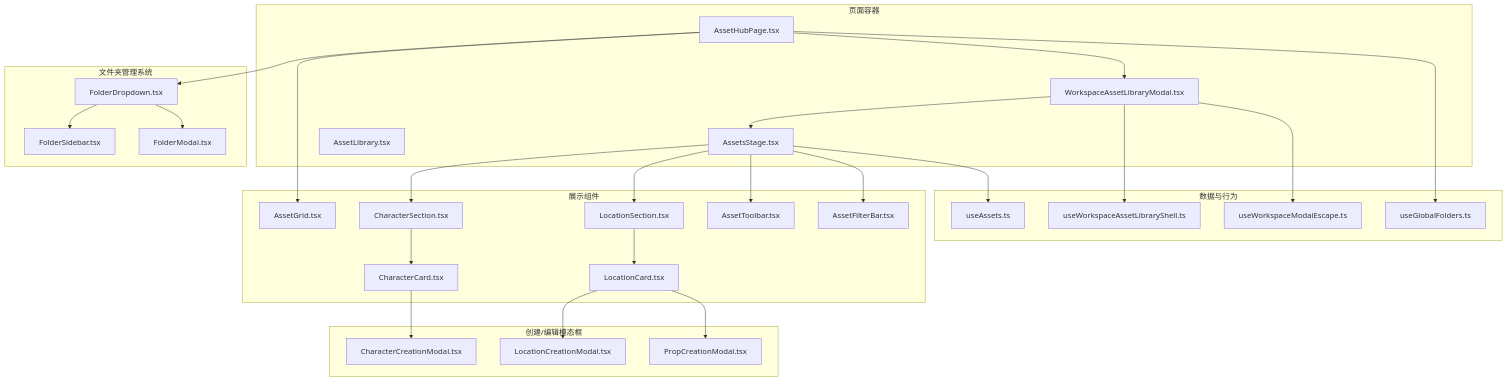
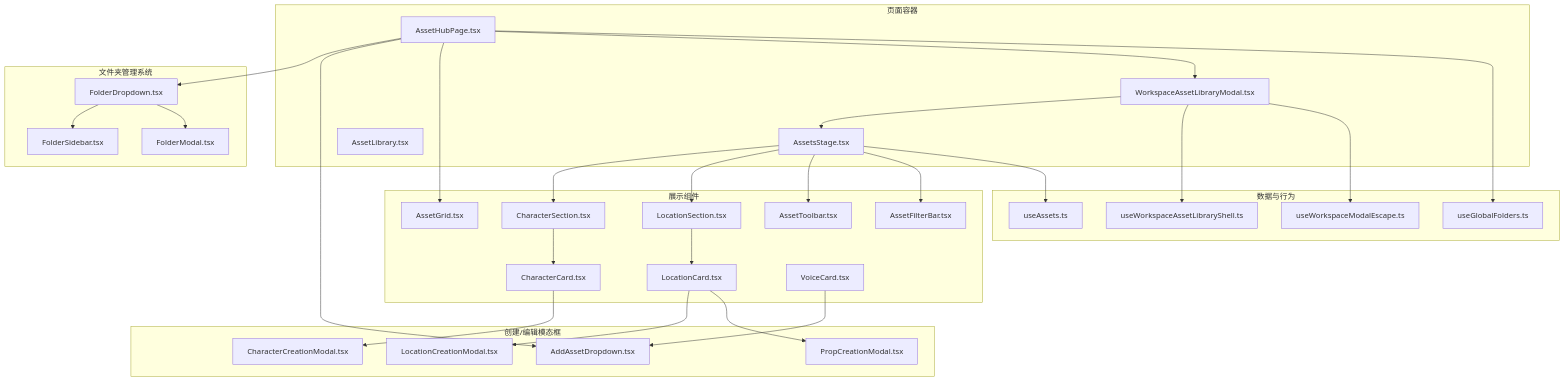
The first of 5 diagrams in .qoder/repowiki/zh/content/前端组件架构/工作区组件/资产管理组件.md (lyl2021/waoowaoo), drawn with Mermaid before and after one commit. The commit also changed other lines of this file and 20 other files, not shown here.

````diff
--- a/.qoder/repowiki/zh/content/前端组件架构/工作区组件/资产管理组件.md
+++ b/.qoder/repowiki/zh/content/前端组件架构/工作区组件/资产管理组件.md
@@ -76,53 +83,57 @@
 ```mermaid
 graph TB
 subgraph "页面容器"
 AS["AssetsStage.tsx"]
 WALM["WorkspaceAssetLibraryModal.tsx"]
 AL["AssetLibrary.tsx"]
 AH["AssetHubPage.tsx"]
 end
 subgraph "展示组件"
 CS["CharacterSection.tsx"]
 LS["LocationSection.tsx"]
 CC["CharacterCard.tsx"]
 LC["LocationCard.tsx"]
+VC["VoiceCard.tsx"]
 AT["AssetToolbar.tsx"]
 AF["AssetFilterBar.tsx"]
 AG["AssetGrid.tsx"]
 end
 subgraph "文件夹管理系统"
 FD["FolderDropdown.tsx"]
 FS["FolderSidebar.tsx"]
 FM["FolderModal.tsx"]
 end
 subgraph "创建/编辑模态框"
 CCM["CharacterCreationModal.tsx"]
 LCM["LocationCreationModal.tsx"]
 PCM["PropCreationModal.tsx"]
+AAD["AddAssetDropdown.tsx"]
 end
 subgraph "数据与行为"
 UA["useAssets.ts"]
 UWS["useWorkspaceAssetLibraryShell.ts"]
 UWE["useWorkspaceModalEscape.ts"]
 UGF["useGlobalFolders.ts"]
 end
 AH --> FD
+AH --> AAD
 AH --> AG
 FD --> FS
 FD --> FM
 AH --> WALM
 WALM --> AS
 AS --> CS
 AS --> LS
 AS --> AT
 AS --> AF
 CS --> CC
 LS --> LC
 CC --> CCM
 LC --> LCM
 LC --> PCM
+VC --> AAD
 AS --> UA
 WALM --> UWS
 WALM --> UWE
 AH --> UGF
 ```
````
